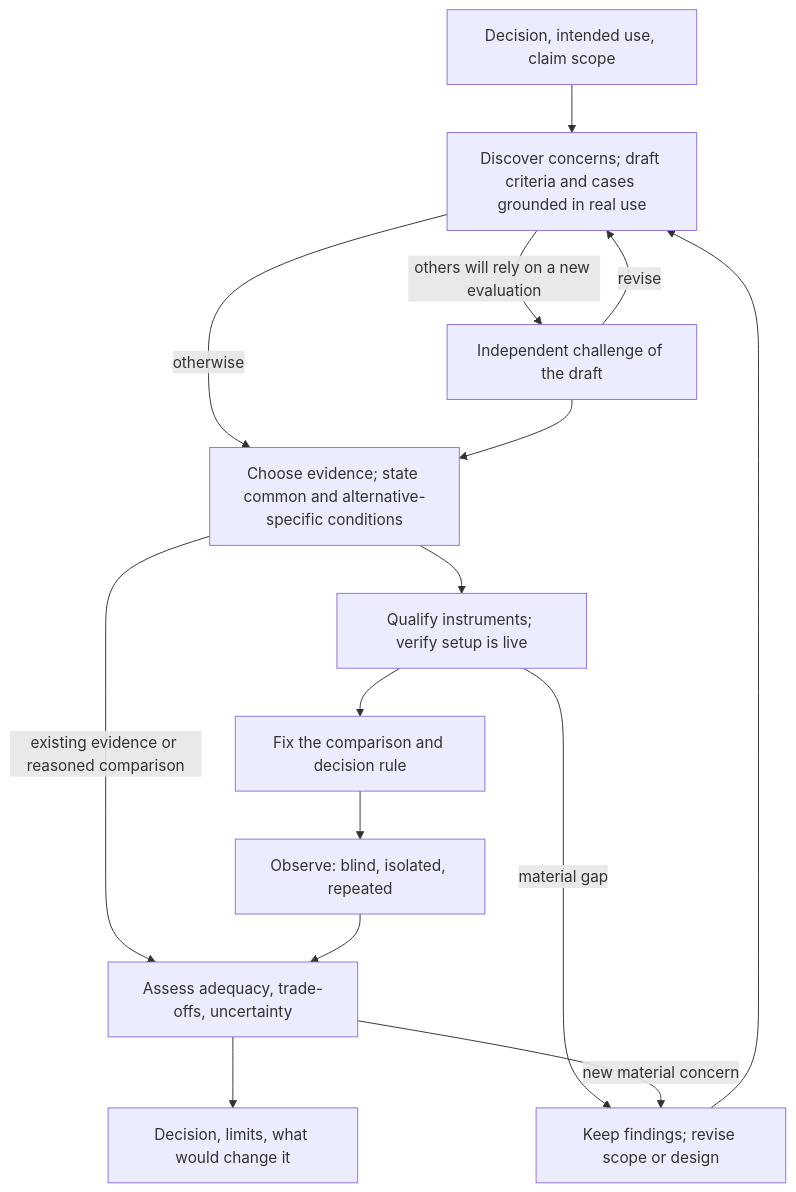
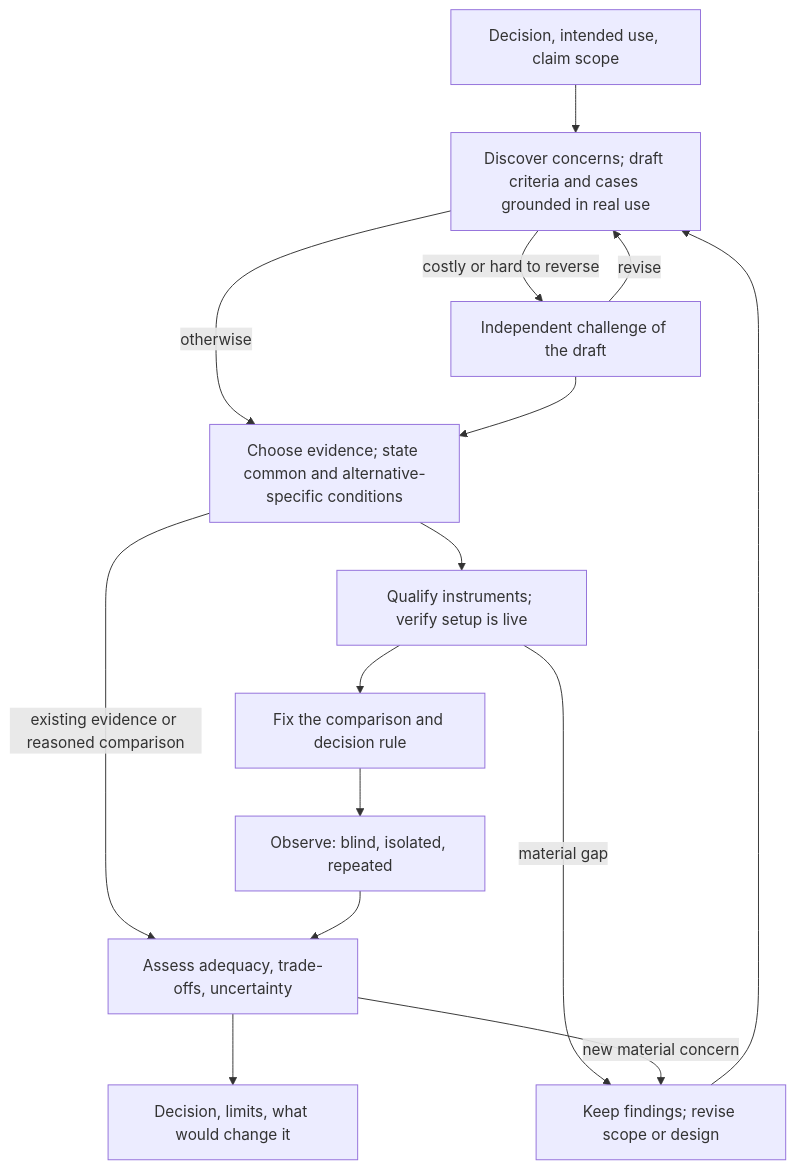
The diagram in plugins/agentic-design-and-evaluation/skills/split-testing/SKILL.md (DevGuyRash/agent-tooling), drawn with Mermaid before and after one commit. The commit also changed other lines of this file and 1 other file, not shown here.

First line of the commit message:
fix(agentic-design-and-evaluation): split testing is found for comparison plans and sized to the decision

````diff
--- a/plugins/agentic-design-and-evaluation/skills/split-testing/SKILL.md
+++ b/plugins/agentic-design-and-evaluation/skills/split-testing/SKILL.md
@@ -17,17 +17,17 @@
 ```mermaid
 flowchart TD
   D["Decision, intended use, claim scope"] --> G["Discover concerns; draft criteria and cases grounded in real use"]
-  G -- "others will rely on a new evaluation" --> I["Independent challenge of the draft"]
+  G -- "costly or hard to reverse" --> I["Independent challenge of the draft"]
   G -- "otherwise" --> P
   I -- "revise" --> G
   I --> P["Choose evidence; state common and alternative-specific conditions"]
   P -- "existing evidence or reasoned comparison" --> A
   P --> Q["Qualify instruments; verify setup is live"]
   Q --> F["Fix the comparison and decision rule"]
   F --> O["Observe: blind, isolated, repeated"]
   O --> A["Assess adequacy, trade-offs, uncertainty"]
   A --> R["Decision, limits, what would change it"]
   Q -- "material gap" --> N["Keep findings; revise scope or design"]
   A -- "new material concern" --> N
   N --> G
 ```
````
